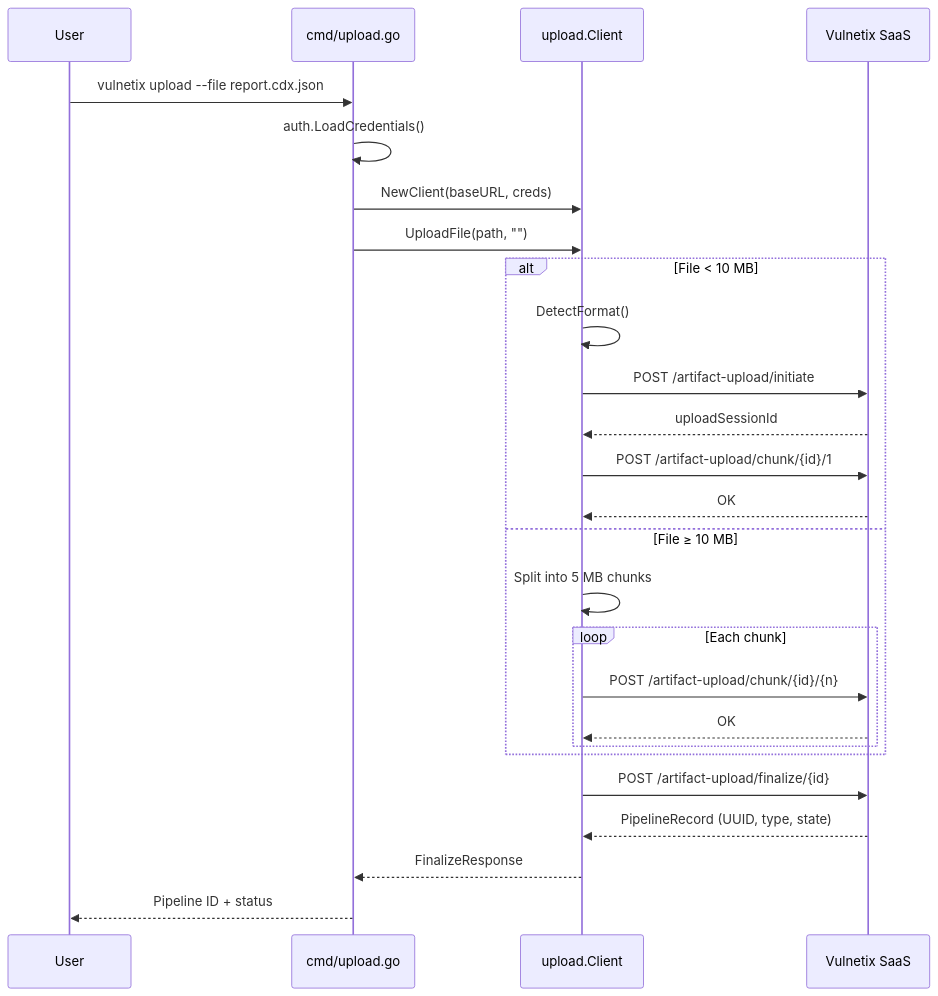
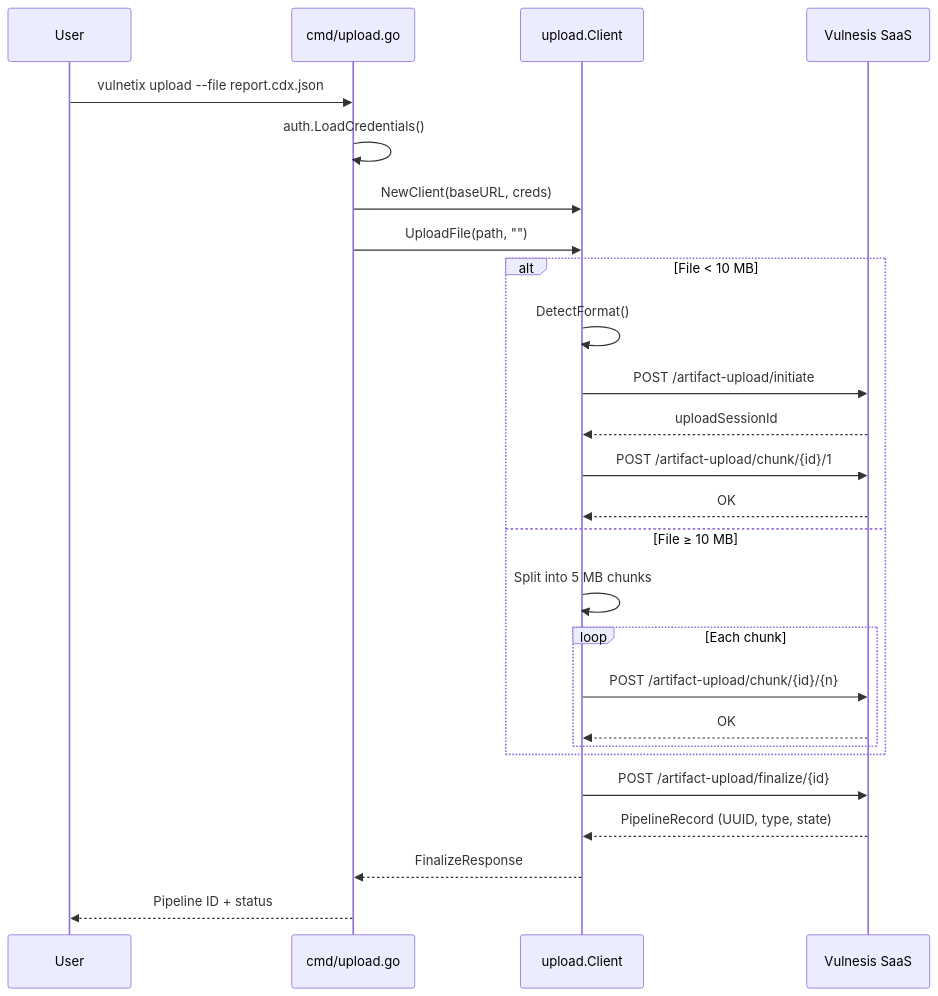
Before and after one commit to Vulnetix/cli: the seventh of 8 diagrams in _system.md, drawn with Mermaid. The commit also changed other lines of this file and 77 other files, not shown here.

First line of the commit message:
feat: run-time brand switch (default Vulnetix) and Vulnesis docs (#352)

````diff
--- a/_system.md
+++ b/_system.md
@@ -624,31 +624,31 @@
 ```mermaid
 sequenceDiagram
     participant U as User
     participant C as cmd/upload.go
     participant UL as upload.Client
-    participant S as Vulnetix SaaS
+    participant S as Vulnesis SaaS
 
     U->>C: vulnetix upload --file report.cdx.json
     C->>C: auth.LoadCredentials()
     C->>UL: NewClient(baseURL, creds)
     C->>UL: UploadFile(path, "")
 
     alt File < 10 MB
         UL->>UL: DetectFormat()
         UL->>S: POST /artifact-upload/initiate
         S-->>UL: uploadSessionId
         UL->>S: POST /artifact-upload/chunk/{id}/1
         S-->>UL: OK
     else File ≥ 10 MB
         UL->>UL: Split into 5 MB chunks
         loop Each chunk
             UL->>S: POST /artifact-upload/chunk/{id}/{n}
             S-->>UL: OK
         end
     end
 
     UL->>S: POST /artifact-upload/finalize/{id}
     S-->>UL: PipelineRecord (UUID, type, state)
     UL-->>C: FinalizeResponse
     C-->>U: Pipeline ID + status
 ```
````
